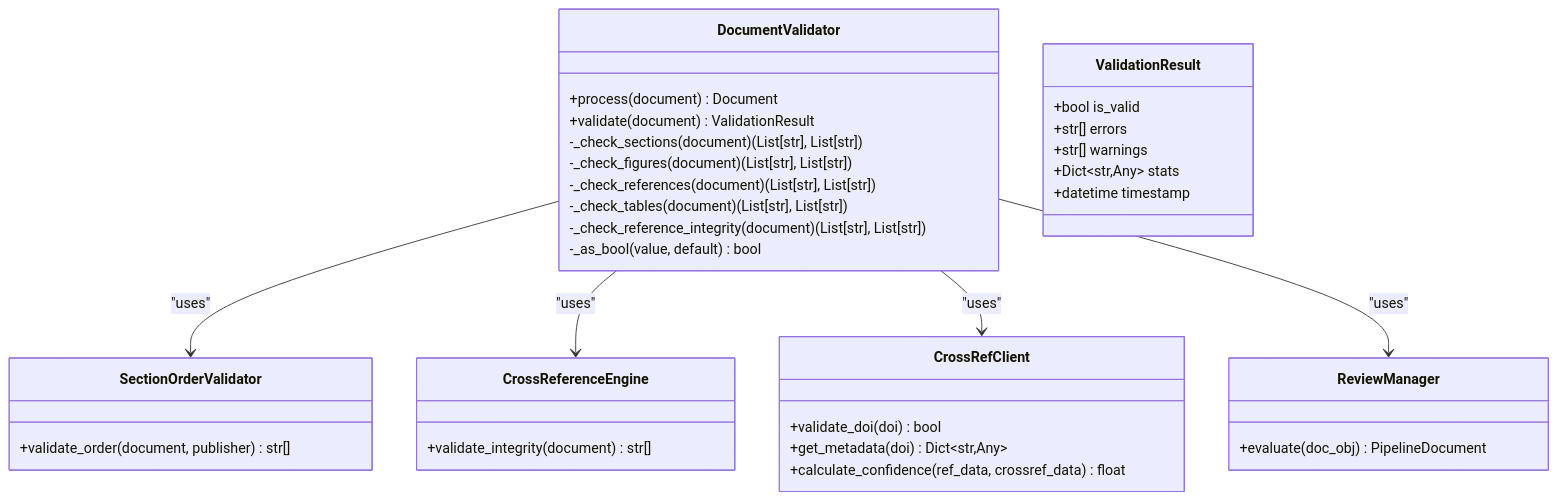
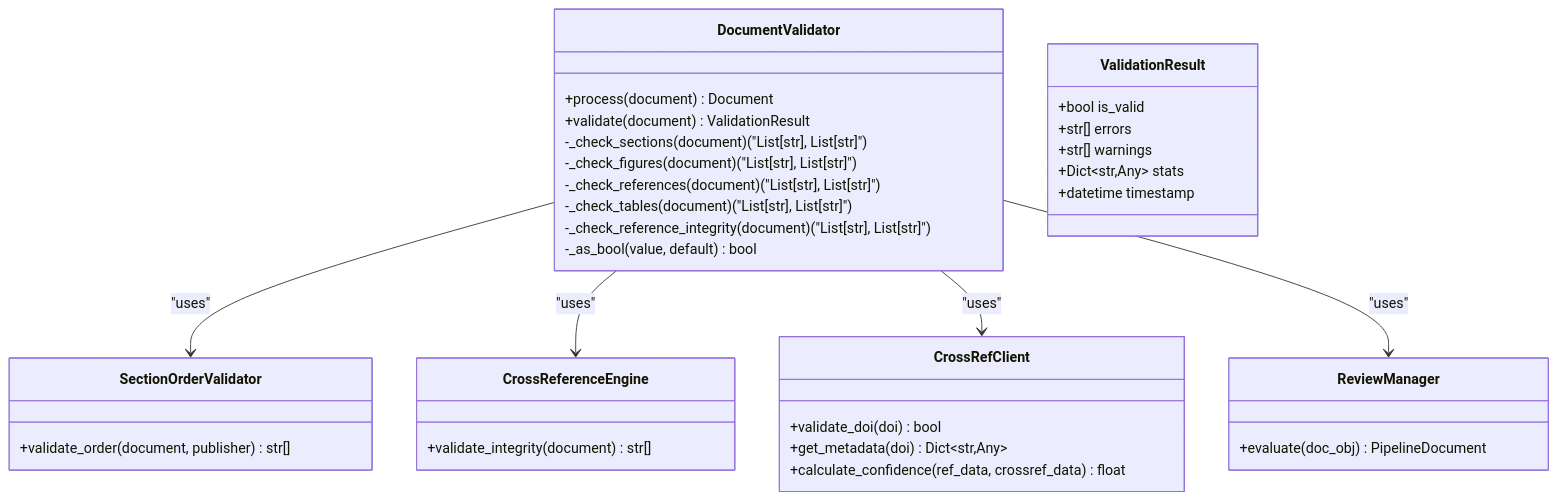
One commit to rohitkumarnaidu/ScholarFormAI changed the third of 9 diagrams in docs/docs/knowledge/Pipeline Processing/Validation System.md. Above: the diagram before and after it, drawn with Mermaid. The commit also changed other lines of this file and 611 other files, not shown here.

````diff
--- a/docs/docs/knowledge/Pipeline Processing/Validation System.md
+++ b/docs/docs/knowledge/Pipeline Processing/Validation System.md
@@ -199,38 +199,38 @@
 ```mermaid
 classDiagram
 class DocumentValidator {
 +process(document) Document
 +validate(document) ValidationResult
--_check_sections(document) (List[str], List[str])
--_check_figures(document) (List[str], List[str])
--_check_references(document) (List[str], List[str])
--_check_tables(document) (List[str], List[str])
--_check_reference_integrity(document) (List[str], List[str])
+-_check_sections(document) ("List[str], List[str]")
+-_check_figures(document) ("List[str], List[str]")
+-_check_references(document) ("List[str], List[str]")
+-_check_tables(document) ("List[str], List[str]")
+-_check_reference_integrity(document) ("List[str], List[str]")
 -_as_bool(value, default) bool
 }
 class ValidationResult {
 +bool is_valid
 +str[] errors
 +str[] warnings
 +Dict~str,Any~ stats
 +datetime timestamp
 }
 class SectionOrderValidator {
 +validate_order(document, publisher) str[]
 }
 class CrossReferenceEngine {
 +validate_integrity(document) str[]
 }
 class CrossRefClient {
 +validate_doi(doi) bool
 +get_metadata(doi) Dict~str,Any~
 +calculate_confidence(ref_data, crossref_data) float
 }
 class ReviewManager {
 +evaluate(doc_obj) PipelineDocument
 }
 DocumentValidator --> SectionOrderValidator : "uses"
 DocumentValidator --> CrossReferenceEngine : "uses"
 DocumentValidator --> CrossRefClient : "uses"
 DocumentValidator --> ReviewManager : "uses"
 ```
````
